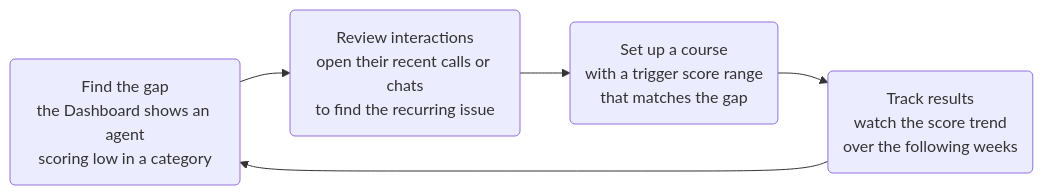
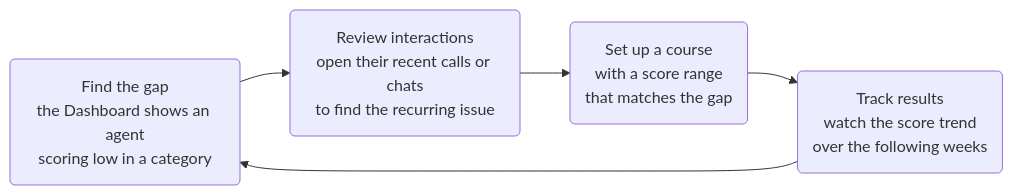
One commit to Botlhale-AI/docs-vela changed the second of 2 diagrams in docs/features/monitor-agent-performance.md. Above: the diagram before and after it, drawn with Mermaid. The commit also changed other lines of this file and 3 other files, not shown here.

Commit message:
docs: cover integrations in the FAQ and fix the score range name

````diff
--- a/docs/features/monitor-agent-performance.md
+++ b/docs/features/monitor-agent-performance.md
@@ -208,7 +208,7 @@
 ```mermaid
 flowchart LR
     A("Find the gap<br/>the Dashboard shows an agent<br/>scoring low in a category") --> B("Review interactions<br/>open their recent calls or chats<br/>to find the recurring issue")
-    B --> C("Set up a course<br/>with a trigger score range<br/>that matches the gap")
+    B --> C("Set up a course<br/>with a score range<br/>that matches the gap")
     C --> D("Track results<br/>watch the score trend<br/>over the following weeks")
     D --> A
 ```
````
